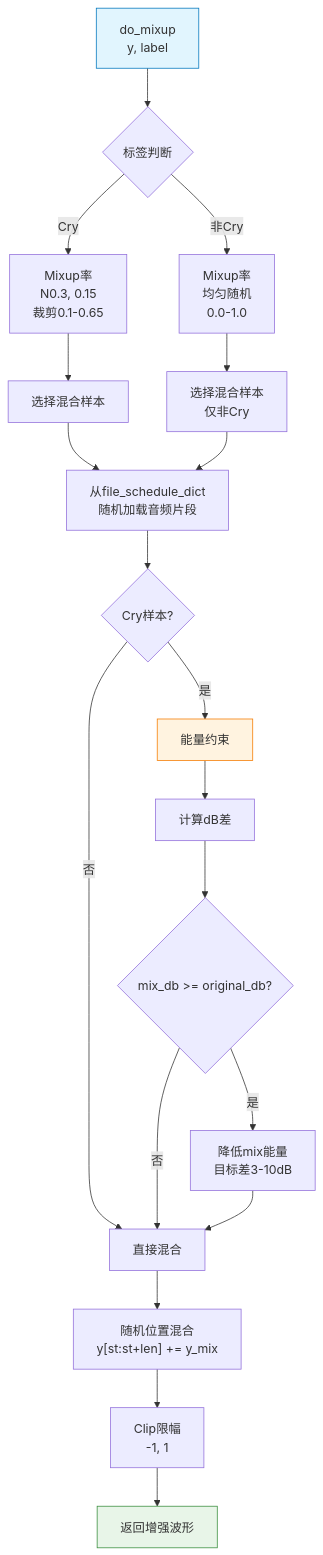
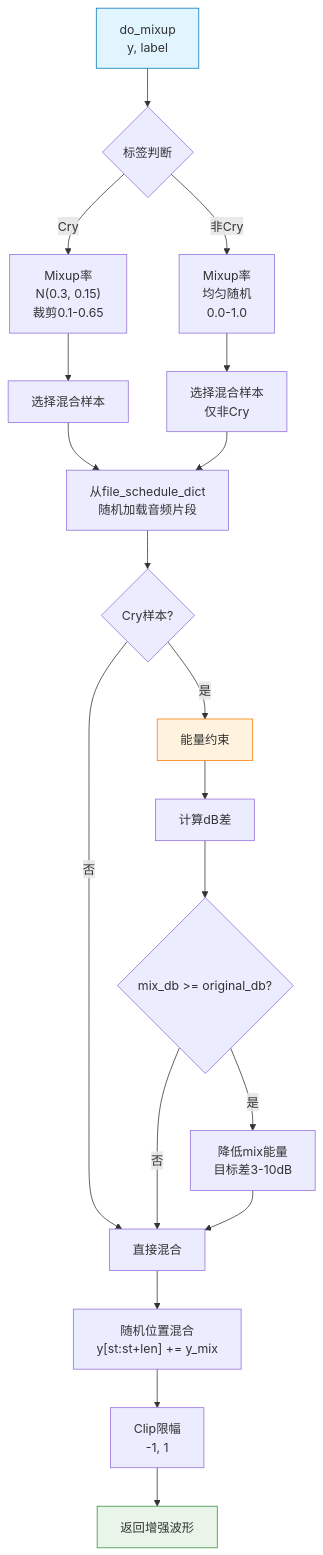
Before and after one commit to pkuCactus/crydet: the third of 5 diagrams in docs/data_augmentation.md, drawn with Mermaid. The commit also changed other lines of this file and 1 other file, not shown here.

````diff
--- a/docs/data_augmentation.md
+++ b/docs/data_augmentation.md
@@ -130,31 +135,31 @@
 ```mermaid
 flowchart TD
     A["do_mixup\ny, label"] --> B{标签判断}
 
-    B -->|Cry| C["Mixup率\nN0.3, 0.15\n裁剪0.1-0.65"]
+    B -->|Cry| C["Mixup率\nN(0.3, 0.15)\n裁剪0.1-0.65"]
     B -->|非Cry| D["Mixup率\n均匀随机\n0.0-1.0"]
 
     C --> E[选择混合样本]
     D --> F["选择混合样本\n仅非Cry"]
 
     E --> G["从file_schedule_dict\n随机加载音频片段"]
     F --> G
 
     G --> H{Cry样本?}
     H -->|是| I[能量约束]
     H -->|否| J[直接混合]
 
     I --> K[计算dB差]
     K --> L{mix_db >= original_db?}
     L -->|是| M["降低mix能量\n目标差3-10dB"]
     L -->|否| J
     M --> J
 
     J --> N["随机位置混合\ny[st:st+len] += y_mix"]
     N --> O["Clip限幅\n-1, 1"]
     O --> P[返回增强波形]
 
     style A fill:#e1f5fe,stroke:#0277bd
     style I fill:#fff3e0,stroke:#f57c00
     style P fill:#e8f5e8,stroke:#388e3c
 ```
````
